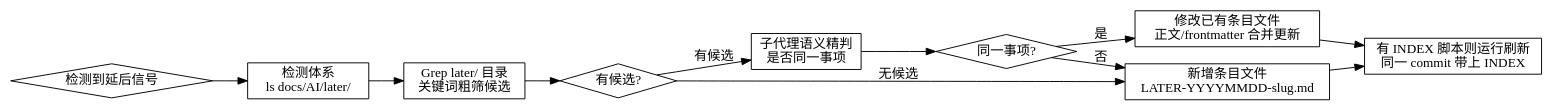
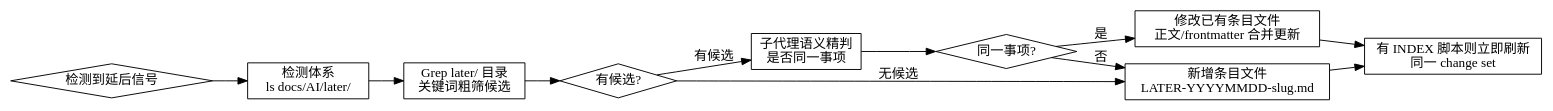
The diagram in dd-later-tracking/SKILL.md (marcocpt/trae_skills), drawn with Graphviz before and after one commit. The commit also changed 1 other file, not shown here.

Commit message:
fix(later-tracking,docreview): close out LATERDOC-001/002 dedup
- LATERDOC-001 (MEDIUM): dot-flowchart index node said 同一 commit
  unconditionally, contradicting the canonical Delivery-authorization
  rule (INDEX section + baseline-1 test); now says 同一 change set,
  when-commit ownership stays in the INDEX section
- LATERDOC-002 (LOW): docreview's active reference
  todo-later-and-batch-repair.md restated the full LATER dedup/naming/
  INDEX flow; compressed to one route to dd-later-tracking, keeping
  docreview-specific rules (what must be recorded, when, evidence)

Tests: git diff --check clean

````diff
--- a/dd-later-tracking/SKILL.md
+++ b/dd-later-tracking/SKILL.md
@@ -75,27 +75,27 @@
 ```dot
 digraph later_flow {
     rankdir=LR;
     node [shape=box];
 
     detect [label="检测到延后信号" shape=diamond];
     ls [label="检测体系\nls docs/AI/later/"];
     grep [label="Grep later/ 目录\n关键词粗筛候选"];
     found [label="有候选?" shape=diamond];
     subagent [label="子代理语义精判\n是否同一事项"];
     same [label="同一事项?" shape=diamond];
     modify [label="修改已有条目文件\n正文/frontmatter 合并更新"];
     add [label="新增条目文件\nLATER-YYYYMMDD-slug.md"];
-    index [label="有 INDEX 脚本则运行刷新\n同一 commit 带上 INDEX"];
+    index [label="有 INDEX 脚本则立即刷新\n同一 change set"];
 
     detect -> ls;
     ls -> grep;
     grep -> found;
     found -> add [label="无候选"];
     found -> subagent [label="有候选"];
     subagent -> same;
     same -> modify [label="是"];
     same -> add [label="否"];
     modify -> index;
     add -> index;
 }
 ```
````
